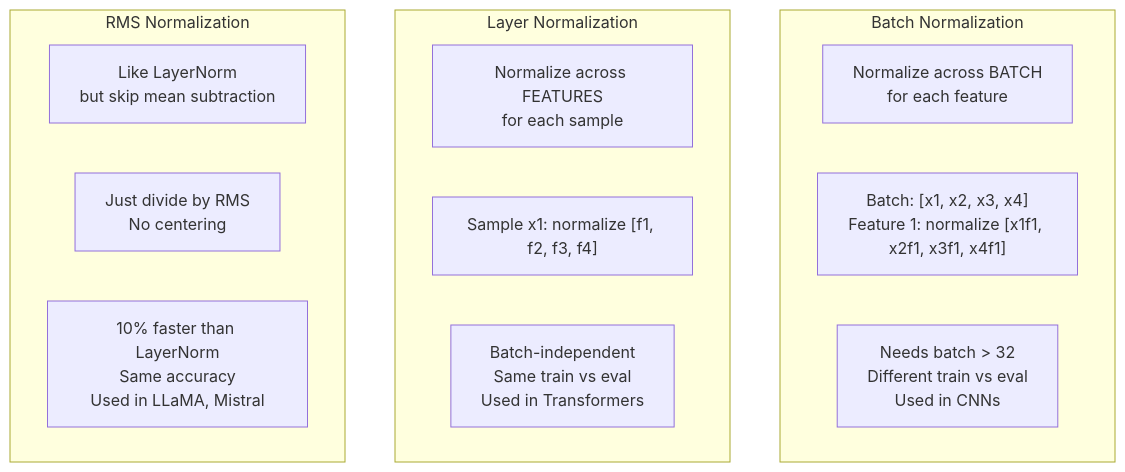
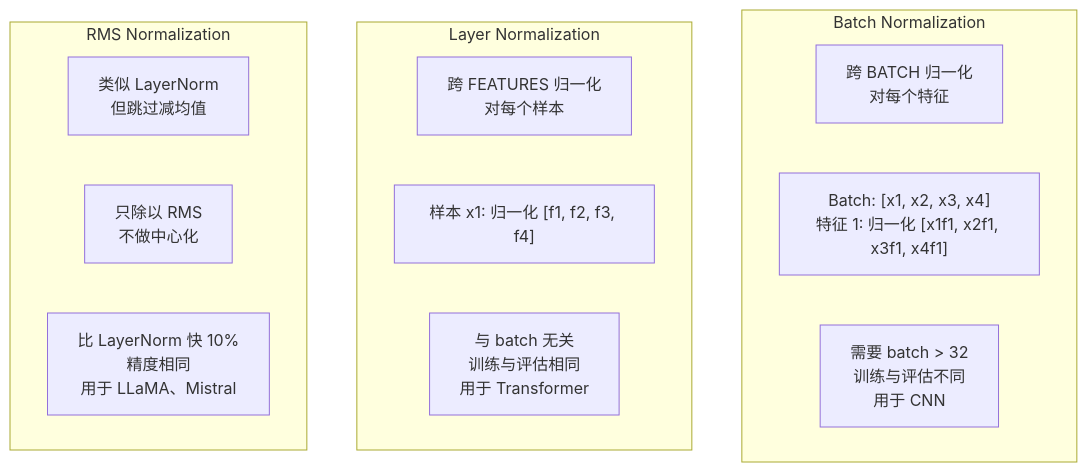
One commit to JerryC8080/ai-engineering-from-scratch-zh changed the second of 3 diagrams in phases/03-deep-learning-core/07-regularization/docs/zh.md. Above: the diagram before and after it, drawn with Mermaid. The commit also changed other lines of this file and 156 other files, not shown here.

First line of the commit message:
i18n(zh): translate mermaid diagram labels in 157 lesson zh.md

````diff
--- a/phases/03-deep-learning-core/07-regularization/docs/zh.md
+++ b/phases/03-deep-learning-core/07-regularization/docs/zh.md
@@ -138,18 +138,18 @@
 ```mermaid
 graph TD
     subgraph "Batch Normalization"
-        BN_D["Normalize across BATCH<br/>for each feature"]
-        BN_S["Batch: [x1, x2, x3, x4]<br/>Feature 1: normalize [x1f1, x2f1, x3f1, x4f1]"]
-        BN_P["Needs batch > 32<br/>Different train vs eval<br/>Used in CNNs"]
+        BN_D["跨 BATCH 归一化<br/>对每个特征"]
+        BN_S["Batch: [x1, x2, x3, x4]<br/>特征 1: 归一化 [x1f1, x2f1, x3f1, x4f1]"]
+        BN_P["需要 batch > 32<br/>训练与评估不同<br/>用于 CNN"]
     end
     subgraph "Layer Normalization"
-        LN_D["Normalize across FEATURES<br/>for each sample"]
-        LN_S["Sample x1: normalize [f1, f2, f3, f4]"]
-        LN_P["Batch-independent<br/>Same train vs eval<br/>Used in Transformers"]
+        LN_D["跨 FEATURES 归一化<br/>对每个样本"]
+        LN_S["样本 x1: 归一化 [f1, f2, f3, f4]"]
+        LN_P["与 batch 无关<br/>训练与评估相同<br/>用于 Transformer"]
     end
     subgraph "RMS Normalization"
-        RN_D["Like LayerNorm<br/>but skip mean subtraction"]
-        RN_S["Just divide by RMS<br/>No centering"]
-        RN_P["10% faster than LayerNorm<br/>Same accuracy<br/>Used in LLaMA, Mistral"]
+        RN_D["类似 LayerNorm<br/>但跳过减均值"]
+        RN_S["只除以 RMS<br/>不做中心化"]
+        RN_P["比 LayerNorm 快 10%<br/>精度相同<br/>用于 LLaMA、Mistral"]
     end
 ```
````
